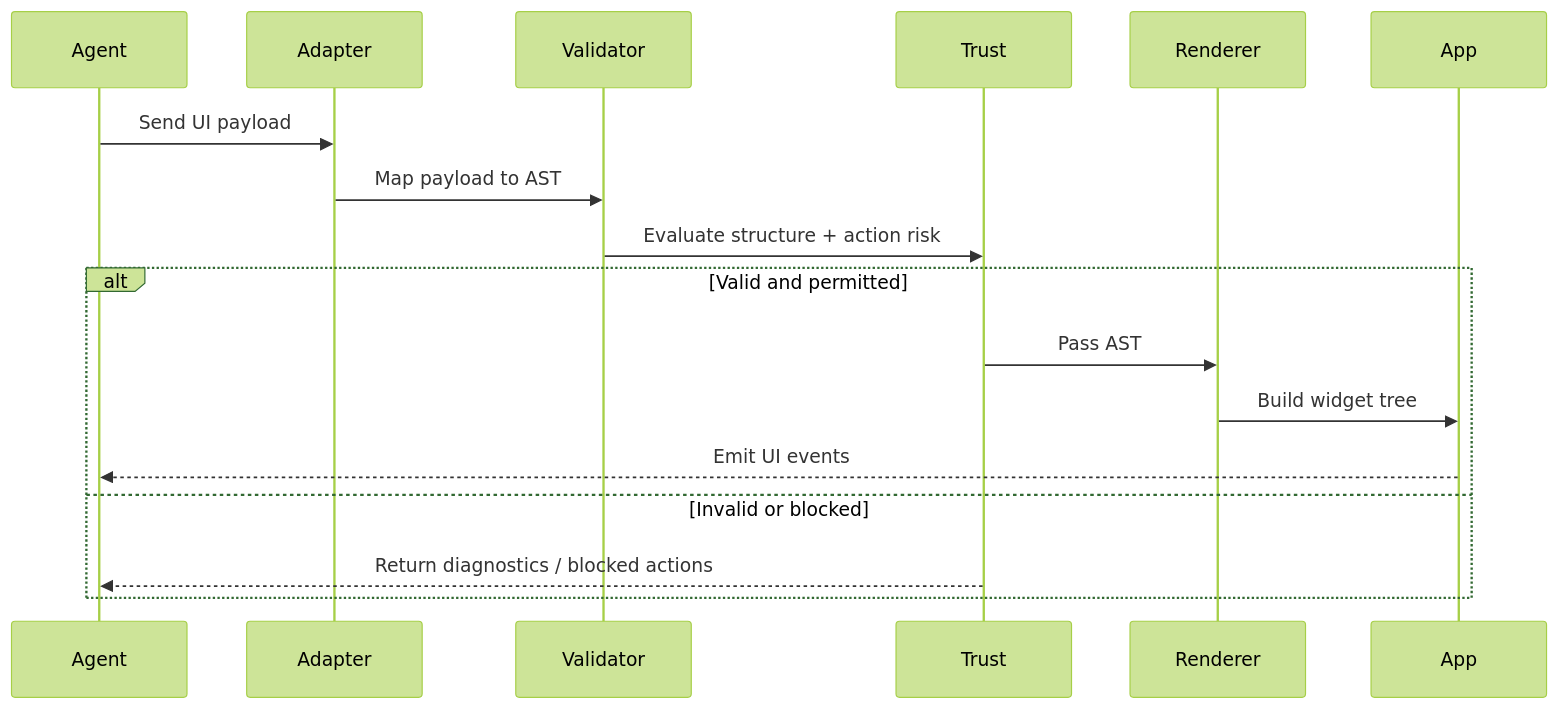
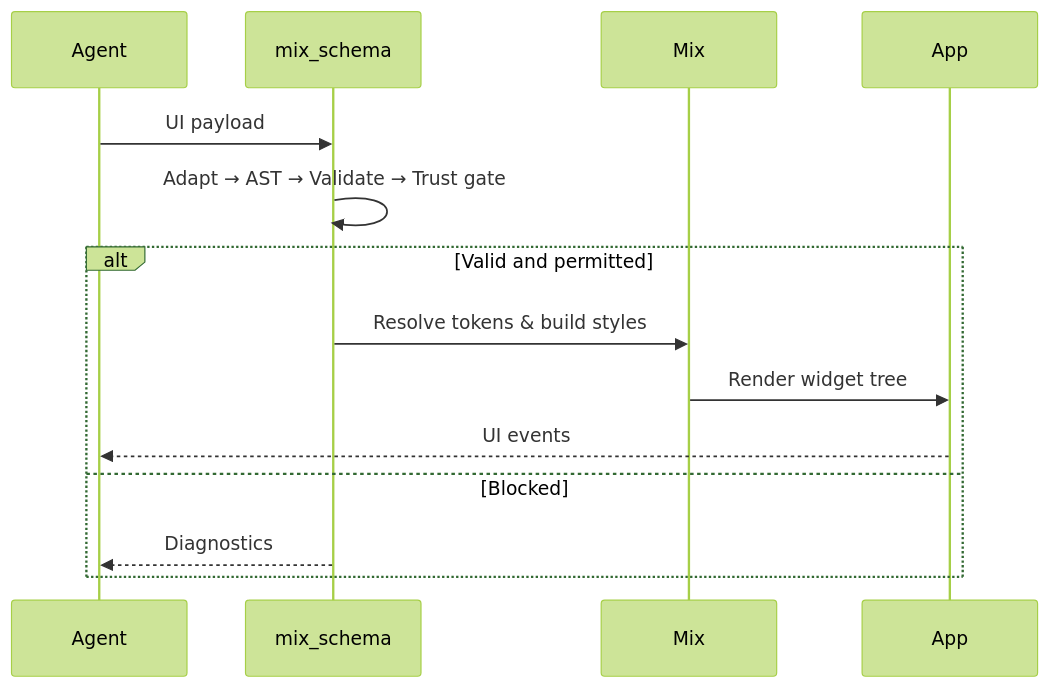
Before and after one commit to btwld/mix: the second of 2 diagrams in website/src/content/documentation/ecosystem/mix-schema.mdx, drawn with Mermaid (forest theme). The commit also changed other lines of this file, not shown here.

Commit message:
docs(website): simplify mix_schema architecture and runtime diagrams
Replace linear 8-node pipeline with a convergence diagram showing
developer code and agent payloads merging into the same Mix pipeline.
Reduce runtime sequence diagram from 6 participants to 4.

````diff
--- a/website/src/content/documentation/ecosystem/mix-schema.mdx
+++ b/website/src/content/documentation/ecosystem/mix-schema.mdx
@@ -38,20 +39,17 @@
 ```mermaid
 sequenceDiagram
   participant Agent
-  participant Adapter
-  participant Validator
-  participant Trust
-  participant Renderer
+  participant mix_schema
+  participant Mix
   participant App
 
-  Agent->>Adapter: Send UI payload
-  Adapter->>Validator: Map payload to AST
-  Validator->>Trust: Evaluate structure + action risk
+  Agent->>mix_schema: UI payload
+  mix_schema->>mix_schema: Adapt → AST → Validate → Trust gate
   alt Valid and permitted
-    Trust->>Renderer: Pass AST
-    Renderer->>App: Build widget tree
-    App-->>Agent: Emit UI events
-  else Invalid or blocked
-    Trust-->>Agent: Return diagnostics / blocked actions
+    mix_schema->>Mix: Resolve tokens & build styles
+    Mix->>App: Render widget tree
+    App-->>Agent: UI events
+  else Blocked
+    mix_schema-->>Agent: Diagnostics
   end
 ```
````
